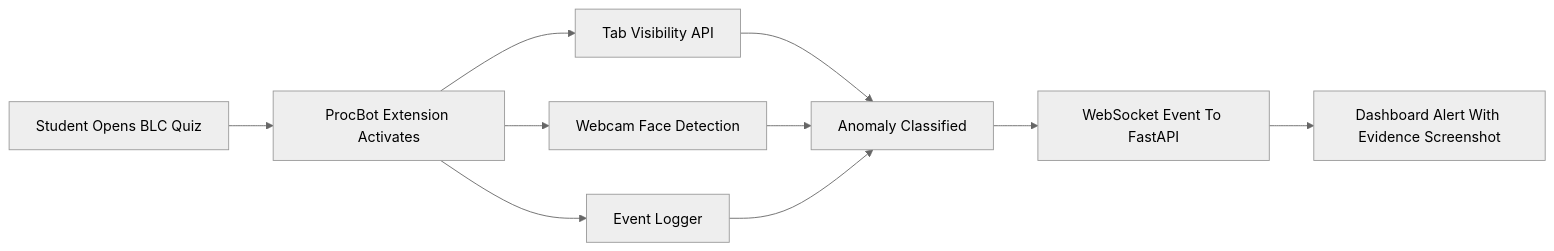
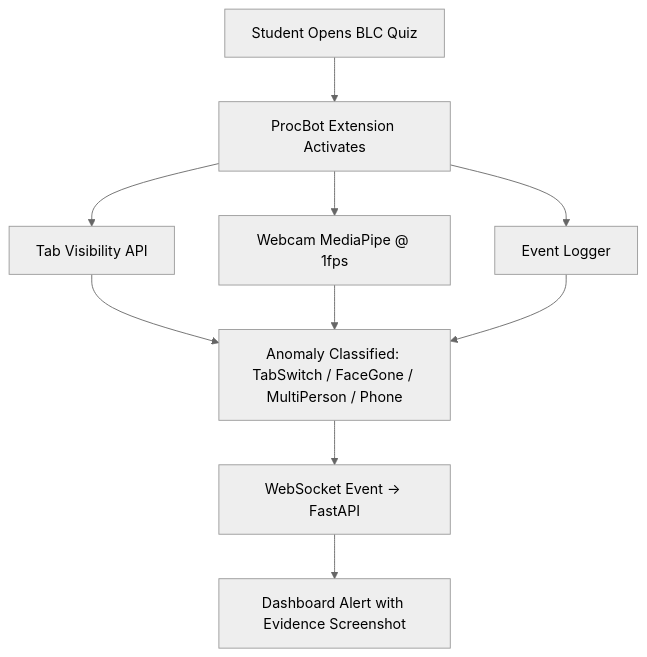
One commit to Hasib105/sightline changed the first of 2 diagrams in README.md. Above: the diagram before and after it, drawn with Mermaid (neutral theme). The commit also changed other lines of this file and 22 other files, not shown here.

````diff
--- a/README.md
+++ b/README.md
@@ -31,12 +43,12 @@
 ```mermaid
-flowchart LR
+flowchart TD
   A[Student Opens BLC Quiz] --> B[ProcBot Extension Activates]
   B --> C[Tab Visibility API]
-  B --> D[Webcam Face Detection]
+  B --> D[Webcam MediaPipe @ 1fps]
   B --> E[Event Logger]
-  C --> F[Anomaly Classified]
+  C --> F[Anomaly Classified: TabSwitch / FaceGone / MultiPerson / Phone]
   D --> F
   E --> F
-  F --> G[WebSocket Event To FastAPI]
-  G --> H[Dashboard Alert With Evidence Screenshot]
+  F --> G[WebSocket Event -> FastAPI]
+  G --> H[Dashboard Alert with Evidence Screenshot]
 ```
````
